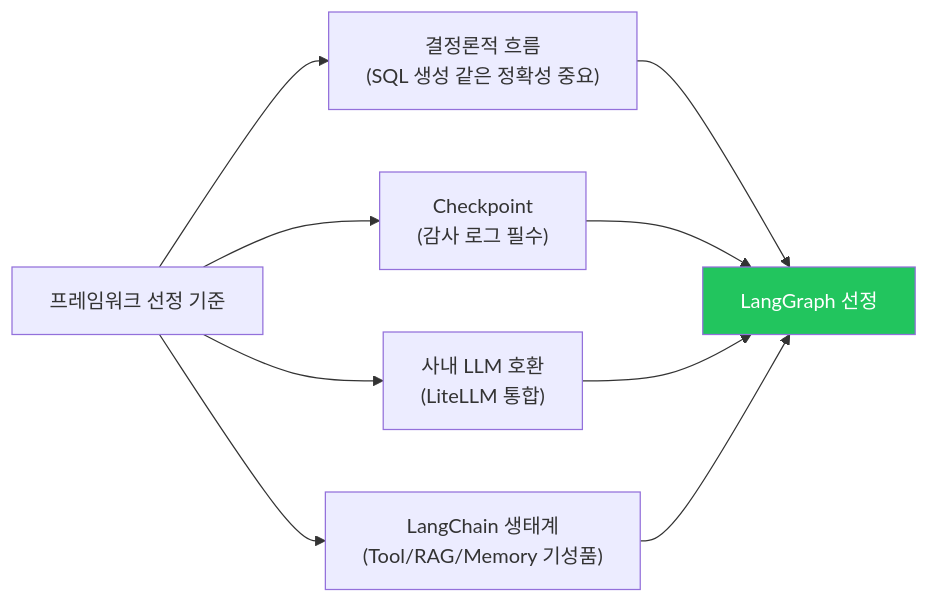
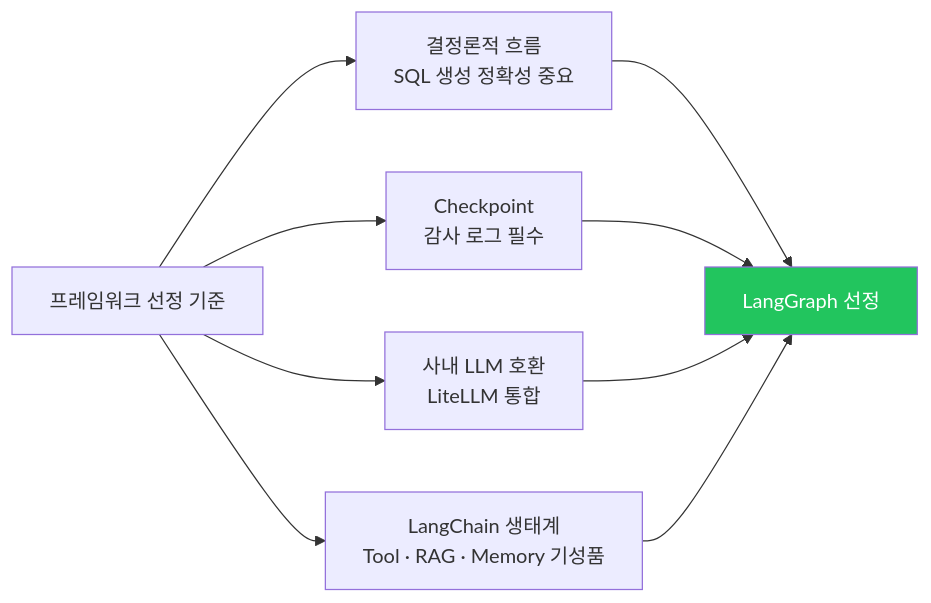
One commit to izzyLim/BIP-Pipeline changed diagram 13 of 18 in docs/seminar_semantic_layer.md. Above: the diagram before and after it, drawn with Mermaid. The commit also changed 1 other file, not shown here.

Commit message:
fix(세미나): §4-5 LangGraph 선정 근거 다이어그램 syntax 에러
§3-2와 동일 패턴 — <br/> 뒤 괄호 안에 슬래시가 있어 mermaid 11 파싱
실패. 4개 노드 라벨 모두 동일 문제.

수정: 괄호 제거 + Tool/RAG/Memory 슬래시를 가운뎃점(·)으로
  '(SQL 생성 같은 정확성 중요)' → 'SQL 생성 정확성 중요'
  '(감사 로그 필수)' → '감사 로그 필수'
  '(LiteLLM 통합)' → 'LiteLLM 통합'
  '(Tool/RAG/Memory 기성품)' → 'Tool · RAG · Memory 기성품'

````diff
--- a/docs/seminar_semantic_layer.md
+++ b/docs/seminar_semantic_layer.md
@@ -1113,14 +1113,14 @@
 ```mermaid
 flowchart LR
-    Q["프레임워크 선정 기준"] --> R1["결정론적 흐름<br/>(SQL 생성 같은 정확성 중요)"]
-    Q --> R2["Checkpoint<br/>(감사 로그 필수)"]
-    Q --> R3["사내 LLM 호환<br/>(LiteLLM 통합)"]
-    Q --> R4["LangChain 생태계<br/>(Tool/RAG/Memory 기성품)"]
+    Q["프레임워크 선정 기준"] --> R1["결정론적 흐름<br/>SQL 생성 정확성 중요"]
+    Q --> R2["Checkpoint<br/>감사 로그 필수"]
+    Q --> R3["사내 LLM 호환<br/>LiteLLM 통합"]
+    Q --> R4["LangChain 생태계<br/>Tool · RAG · Memory 기성품"]
 
     R1 --> LG["LangGraph 선정"]
     R2 --> LG
     R3 --> LG
     R4 --> LG
 
     style LG fill:#22c55e,color:#fff
 ```
````
